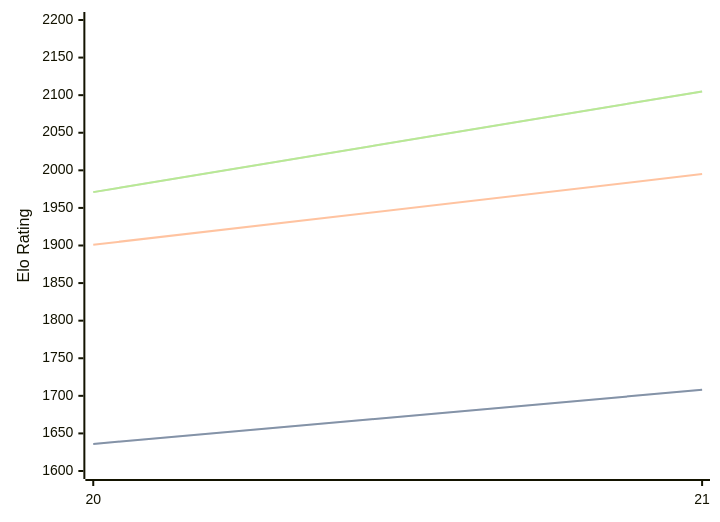
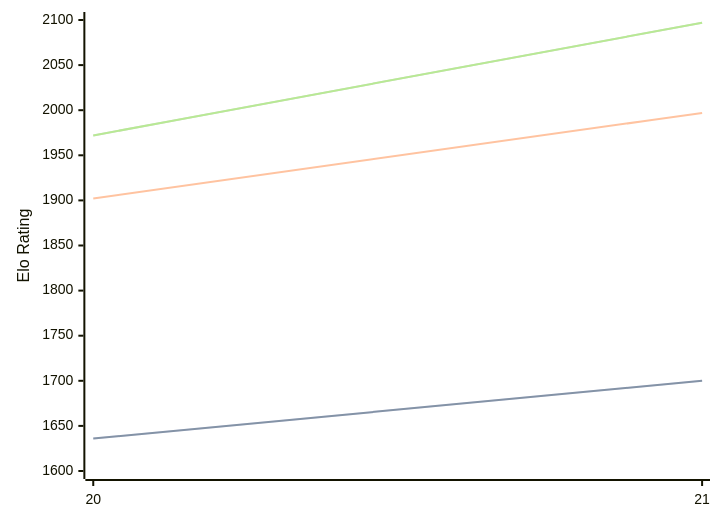
Before and after one commit to computer-chess-index/cci: the diagram in engines/PurplePanda.md, drawn with Mermaid. The commit also changed other lines of this file, not shown here.

Commit message:
Update CCI Ratings (ELO VLTC) - 2026-07-25

````diff
--- a/engines/PurplePanda.md
+++ b/engines/PurplePanda.md
@@ -40,11 +40,11 @@
 ```mermaid
 %%{init: {"theme":"base","themeVariables":{"seriesColors:['#a3a3a3','#222221','#faa371']}}}%%
 xychart-beta
   x-axis ["20", "21"]
-  y-axis "Elo Rating" 1600 --> 2200
-  line "STC (8.0+0.08s)" [1636, 1708]
-  line "STC (8.0+0.08s)" [1636, 1708]
-  line "LTC (60.0+0.60s)" [1901, 1995]
-  line "VLTC (2m24s+1.12s)" [1971, 2105]
-  line "VLTC (2m24s+1.12s)" [1971, 2105]
+  y-axis "Elo Rating" 1600 --> 2100
+  line "STC (8.0+0.08s)" [1636, 1700]
+  line "STC (8.0+0.08s)" [1636, 1700]
+  line "LTC (60.0+0.60s)" [1902, 1997]
+  line "VLTC (2m24s+1.12s)" [1972, 2097]
+  line "VLTC (2m24s+1.12s)" [1972, 2097]
 ```
````
